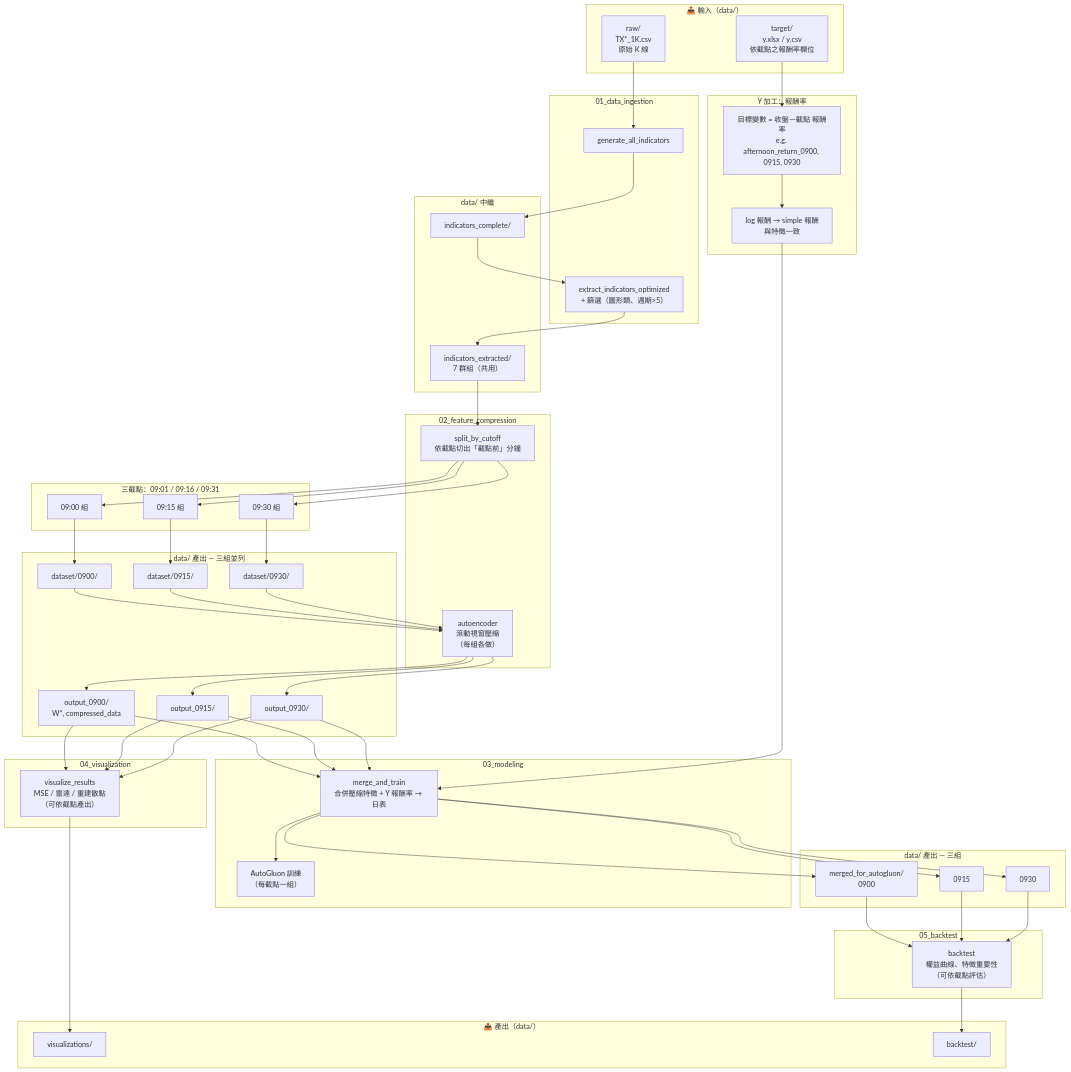
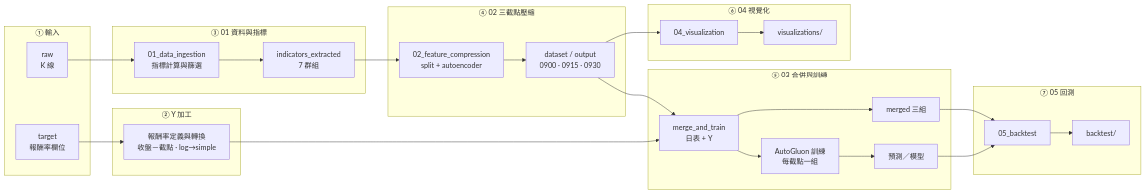
The diagram in README.md (jameslee1218/Thesis-AutoGluon-TXF-Research), drawn with Mermaid before and after one commit. The commit also changed other lines of this file, not shown here.

Commit message:
README-進行流程圖與資料結構修改

````diff
--- a/README.md
+++ b/README.md
@@ -11,102 +11,54 @@
 ```mermaid
-flowchart TB
-    subgraph INPUT["📥 輸入（data/）"]
-        raw["raw/<br/>TX*_1K.csv<br/>原始 K 線"]
-        target["target/<br/>y.xlsx / y.csv<br/>依截點之報酬率欄位"]
+flowchart LR
+    subgraph S1["① 輸入"]
+        raw["raw<br/>K 線"]
+        target["target<br/>報酬率欄位"]
     end
 
-    subgraph Y_PROCESS["Y 加工：報酬率"]
-        y_def["目標變數 = 收盤－截點 報酬率<br/>e.g. afternoon_return_0900, 0915, 0930"]
-        y_convert["log 報酬 → simple 報酬<br/>與特徵一致"]
+    subgraph S2["② Y 加工"]
+        y_proc["報酬率定義與轉換<br/>收盤－截點 · log→simple"]
     end
 
-    subgraph M01["01_data_ingestion"]
-        gen["generate_all_indicators"]
-        ext["extract_indicators_optimized<br/>+ 篩選（圖形類、週期>5）"]
+    subgraph S3["③ 01 資料與指標"]
+        m01["01_data_ingestion<br/>指標計算與篩選"]
+        extr["indicators_extracted<br/>7 群組"]
     end
 
-    subgraph DATA01["data/ 中繼"]
-        comp["indicators_complete/"]
-        extr["indicators_extracted/<br/>7 群組（共用）"]
+    subgraph S4["④ 02 三截點壓縮"]
+        m02["02_feature_compression<br/>split + autoencoder"]
+        out3["dataset / output<br/>0900 · 0915 · 0930"]
     end
 
-    subgraph CUTOFFS["三截點：09:01 / 09:16 / 09:31"]
-        t9["09:00 組"]
-        t15["09:15 組"]
-        t30["09:30 組"]
+    subgraph S5["⑤ 03 合併與訓練"]
+        merge["merge_and_train<br/>日表 + Y"]
+        merged["merged 三組"]
+        ag["AutoGluon 訓練<br/>每截點一組"]
+        pred["預測／模型"]
     end
 
-    subgraph M02["02_feature_compression"]
-        split["split_by_cutoff<br/>依截點切出「截點前」分鐘"]
-        ae["autoencoder<br/>滾動視窗壓縮<br/>（每組各做）"]
+    subgraph S6["⑥ 04 視覺化"]
+        viz["04_visualization"]
+        vis["visualizations/"]
     end
 
-    subgraph DATA02["data/ 產出 — 三組並列"]
-        ds9["dataset/0900/"]
-        ds15["dataset/0915/"]
-        ds30["dataset/0930/"]
-        w9["output_0900/<br/>W*, compressed_data"]
-        w15["output_0915/"]
-        w30["output_0930/"]
-    end
-
-    subgraph M03["03_modeling"]
-        merge["merge_and_train<br/>合併壓縮特徵 + Y 報酬率 → 日表"]
-        ag["AutoGluon 訓練<br/>（每截點一組）"]
-    end
-
-    subgraph DATA03["data/ 產出 — 三組"]
-        mfg9["merged_for_autogluon/<br/>0900"]
-        mfg15["0915"]
-        mfg30["0930"]
-    end
-
-    subgraph M04["04_visualization"]
-        viz["visualize_results<br/>MSE / 雷達 / 重建散點<br/>（可依截點產出）"]
-    end
-
-    subgraph M05["05_backtest"]
-        bt["backtest<br/>權益曲線、特徵重要性<br/>（可依截點評估）"]
-    end
-
-    subgraph OUT["📤 產出（data/）"]
-        vis["visualizations/"]
+    subgraph S7["⑦ 05 回測"]
+        bt["05_backtest"]
         bto["backtest/"]
     end
 
-    raw --> gen
-    gen --> comp
-    comp --> ext
-    ext --> extr
-    target --> y_def
-    y_def --> y_convert
-    extr --> split
-    split --> t9
-    split --> t15
-    split --> t30
-    t9 --> ds9
-    t15 --> ds15
-    t30 --> ds30
-    ds9 --> ae
-    ds15 --> ae
-    ds30 --> ae
-    ae --> w9
-    ae --> w15
-    ae --> w30
-    w9 --> merge
-    w15 --> merge
-    w30 --> merge
-    y_convert --> merge
-    merge --> mfg9
-    merge --> mfg15
-    merge --> mfg30
+    raw --> m01
+    m01 --> extr
+    target --> y_proc
+    y_proc --> merge
+    extr --> m02
+    m02 --> out3
+    out3 --> merge
+    out3 --> viz
+    merge --> merged
     merge --> ag
-    w9 --> viz
-    w15 --> viz
-    w30 --> viz
+    ag --> pred
+    pred --> bt
+    merged --> bt
+    bt --> bto
     viz --> vis
-    mfg9 --> bt
-    mfg15 --> bt
-    mfg30 --> bt
-    bt --> bto
 ```
````
